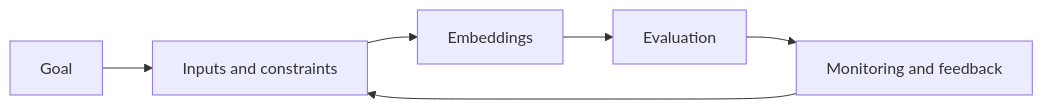
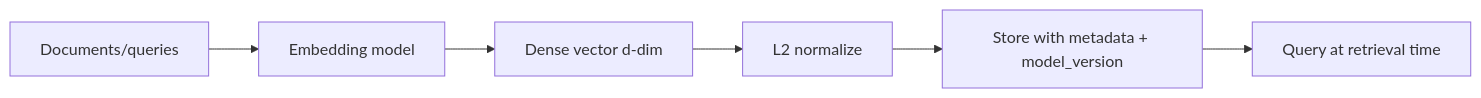
The diagram in vector-databases/02-embeddings.md (Icon1cc/Machine-Learning), drawn with Mermaid before and after one commit. The commit also changed other lines of this file and 264 other files, not shown here.

````diff
--- a/vector-databases/02-embeddings.md
+++ b/vector-databases/02-embeddings.md
@@ -92,8 +271,8 @@
 ```mermaid
 flowchart LR
-    A[Goal] --> B[Inputs and constraints]
-    B --> C[Embeddings]
-    C --> D[Evaluation]
-    D --> E[Monitoring and feedback]
-    E --> B
+    D[Documents/queries] --> M[Embedding model]
+    M --> V[Dense vector d-dim]
+    V --> N[L2 normalize]
+    N --> S[Store with metadata + model_version]
+    S --> Q[Query at retrieval time]
 ```
````
